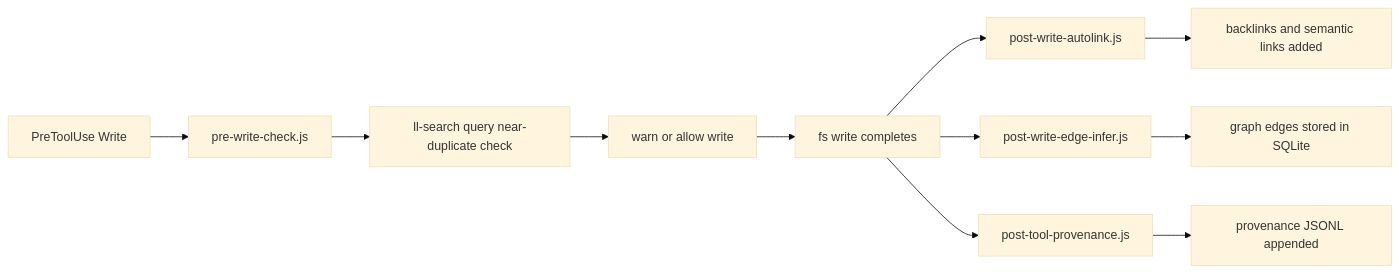
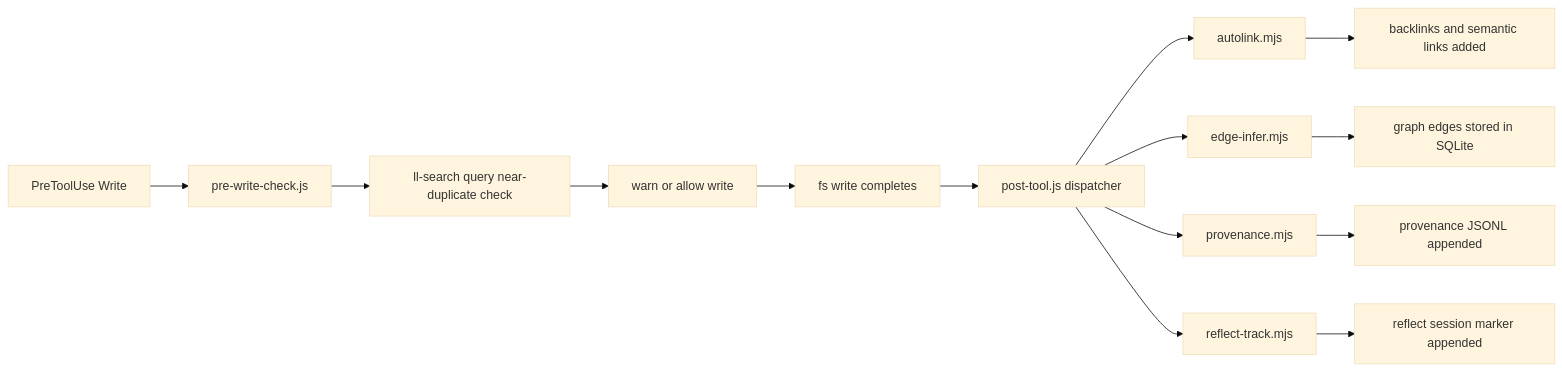
One commit to robinslange/learning-loop changed the second of 3 diagrams in ARCHITECTURE.md. Above: the diagram before and after it, drawn with Mermaid (base theme). The commit also changed other lines of this file and 9 other files, not shown here.

````diff
--- a/ARCHITECTURE.md
+++ b/ARCHITECTURE.md
@@ -89,13 +93,16 @@
 ```mermaid
 flowchart LR
   A[PreToolUse Write] --> B[pre-write-check.js]
   B --> C[ll-search query near-duplicate check]
   C --> D[warn or allow write]
   D --> E[fs write completes]
-  E --> F[post-write-autolink.js]
-  E --> G[post-write-edge-infer.js]
-  E --> H[post-tool-provenance.js]
-  F --> I[backlinks and semantic links added]
-  G --> J[graph edges stored in SQLite]
-  H --> K[provenance JSONL appended]
+  E --> F[post-tool.js dispatcher]
+  F --> G[autolink.mjs]
+  F --> H[edge-infer.mjs]
+  F --> I[provenance.mjs]
+  F --> J[reflect-track.mjs]
+  G --> K[backlinks and semantic links added]
+  H --> L[graph edges stored in SQLite]
+  I --> M[provenance JSONL appended]
+  J --> N[reflect session marker appended]
 ```
````
